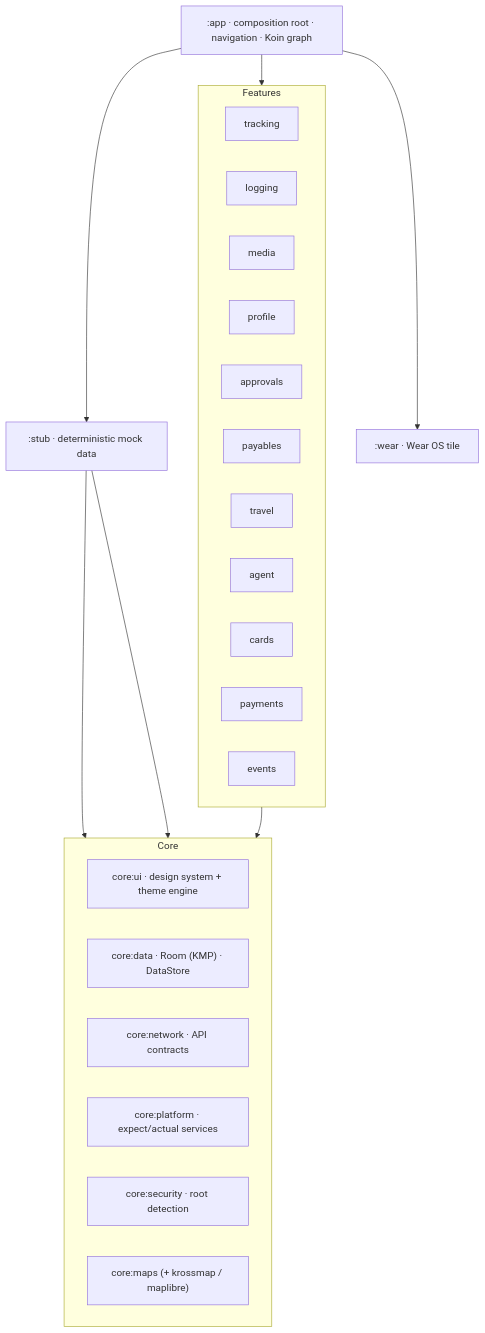
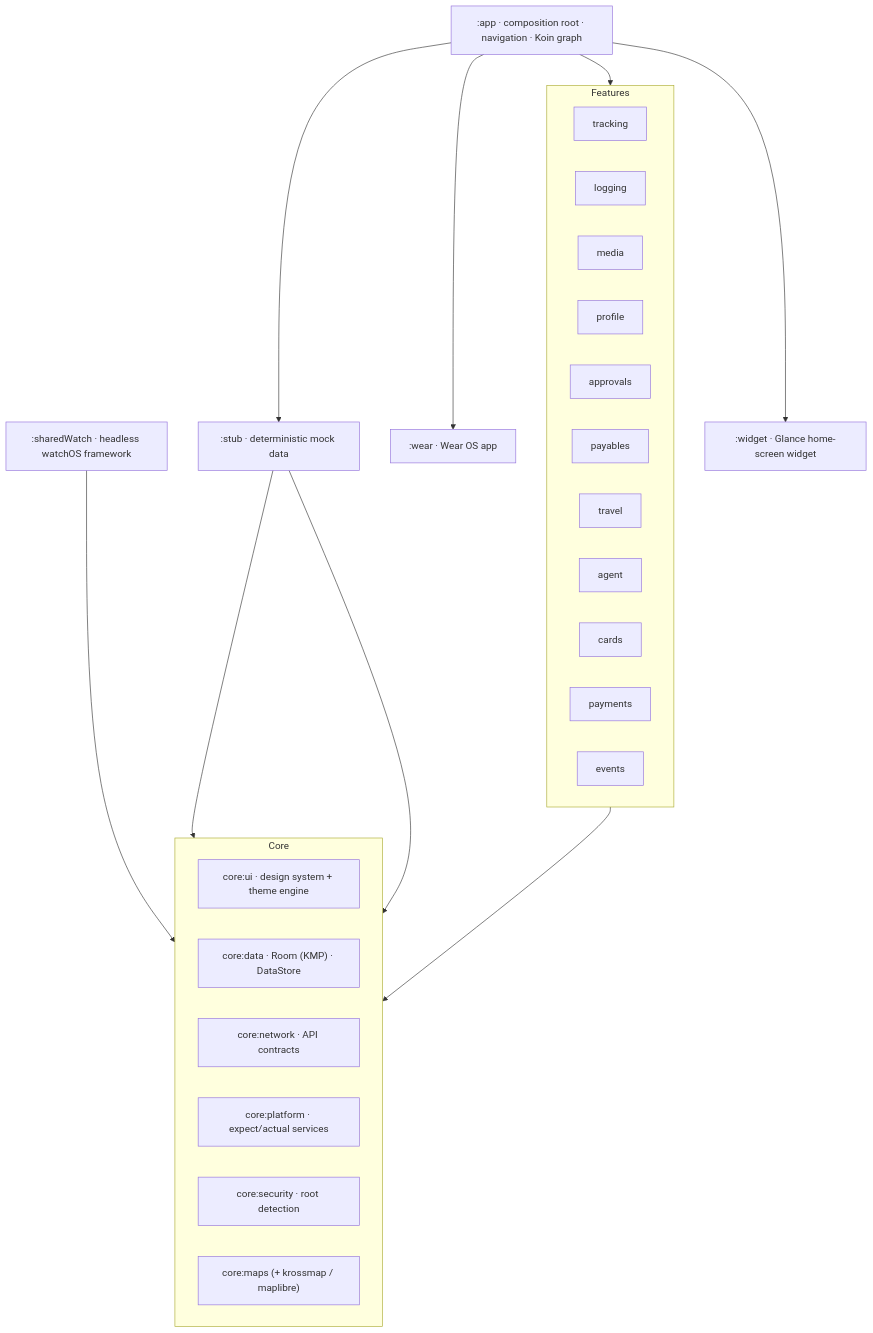
Before and after one commit to darkpandawarrior/Mileway: the diagram in README.md, drawn with Mermaid. The commit also changed other lines of this file, not shown here.

Commit message:
docs(watch/P10.1): sync README Shipped list + screenshots for watch/widgets/intents build-out

````diff
--- a/README.md
+++ b/README.md
@@ -255,31 +255,35 @@
 ```mermaid
 graph TD
     APP[":app · composition root · navigation · Koin graph"]
 
     subgraph Features
       direction LR
       FT["tracking"]; FL["logging"]; FM["media"]; FP["profile"]
       FA["approvals"]; FPA["payables"]; FTR["travel"]; FAG["agent"]
       FC["cards"]; FPM["payments"]; FE["events"]
     end
 
     subgraph Core
       direction LR
       UI["core:ui · design system + theme engine"]
       DATA["core:data · Room (KMP) · DataStore"]
       NET["core:network · API contracts"]
       PLAT["core:platform · expect/actual services"]
       SEC["core:security · root detection"]
       MAPS["core:maps (+ krossmap / maplibre)"]
     end
 
     STUB[":stub · deterministic mock data"]
-    WEAR[":wear · Wear OS tile"]
+    WEAR[":wear · Wear OS app"]
+    SWATCH[":sharedWatch · headless watchOS framework"]
+    WIDGET[":widget · Glance home-screen widget"]
 
     APP --> Features
     APP --> STUB
     APP --> WEAR
+    APP --> WIDGET
+    SWATCH --> DATA
     Features --> Core
     STUB --> DATA
     STUB --> NET
 ```
````
